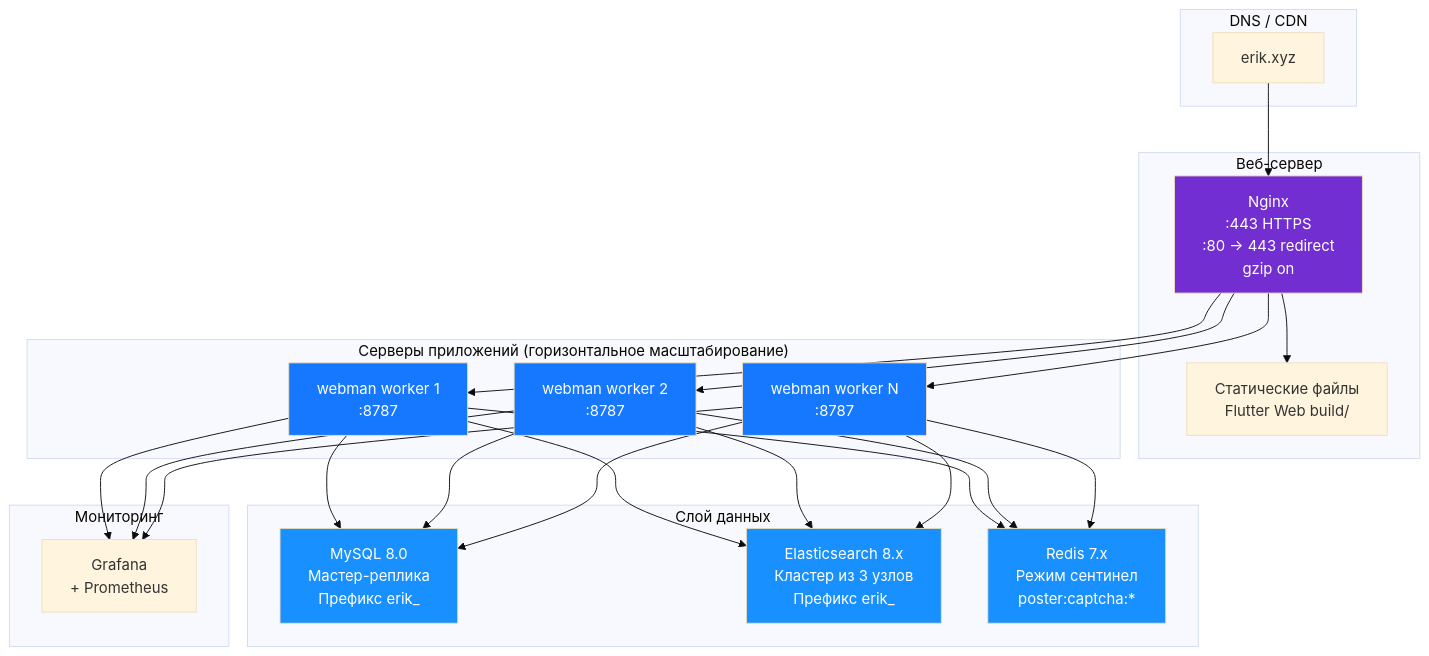
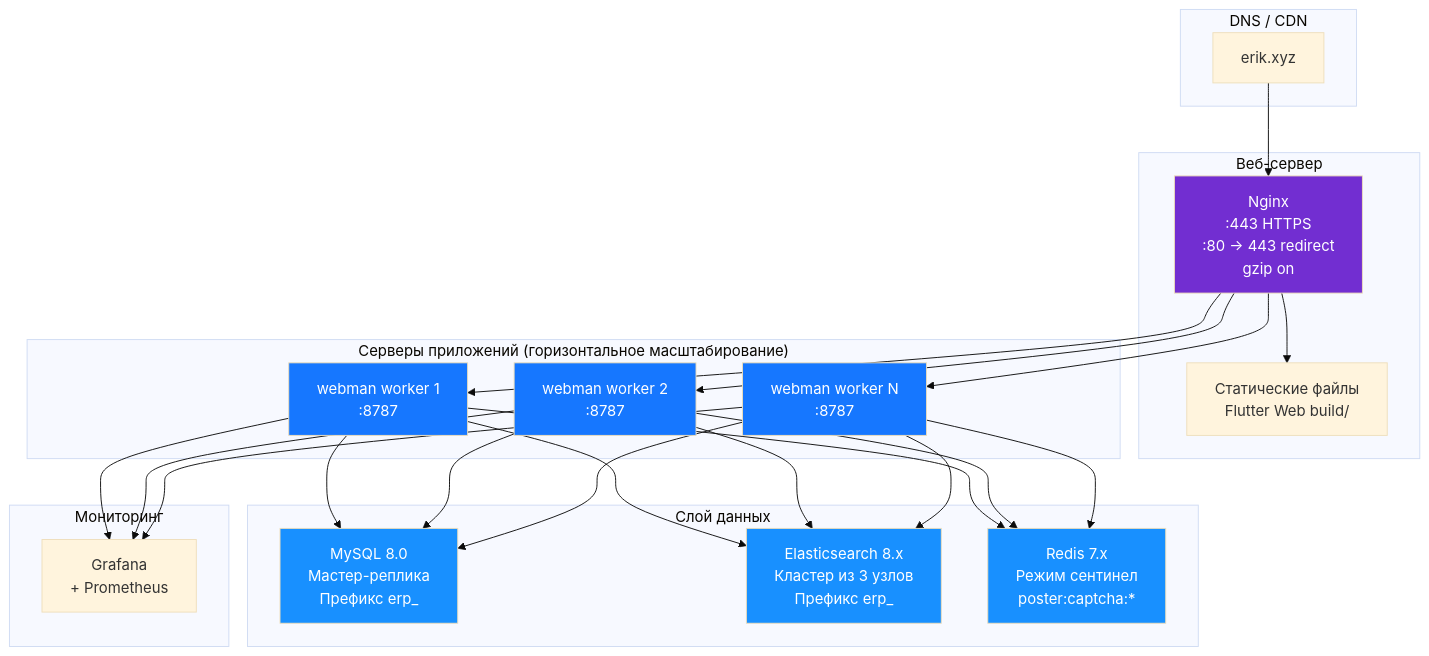
One commit to erikwang2013/erp-php changed diagram 14 of 20 in docs/i18n/ru/ARCHITECTURE.md. Above: the diagram before and after it, drawn with Mermaid (base theme). The commit also changed other lines of this file and 449 other files, not shown here.

First line of the commit message:
全局命名统一：数据库 erp、表前缀 erp_、Redis 前缀 erp:（原 erik_/open_admin）

````diff
--- a/docs/i18n/ru/ARCHITECTURE.md
+++ b/docs/i18n/ru/ARCHITECTURE.md
@@ -661,43 +661,43 @@
 ```mermaid
 flowchart TB
     subgraph "DNS / CDN"
         DNS["erik.xyz"]
     end
 
     subgraph "Веб-сервер"
         NGX["Nginx<br/>:443 HTTPS<br/>:80 → 443 redirect<br/>gzip on"]
         STA["Статические файлы<br/>Flutter Web build/"]
     end
 
     subgraph "Серверы приложений (горизонтальное масштабирование)"
         WM1["webman worker 1<br/>:8787"]
         WM2["webman worker 2<br/>:8787"]
         WM3["webman worker N<br/>:8787"]
     end
 
     subgraph "Слой данных"
-        MYSQL["MySQL 8.0<br/>Мастер-реплика<br/>Префикс erik_"]
-        ES["Elasticsearch 8.x<br/>Кластер из 3 узлов<br/>Префикс erik_"]
+        MYSQL["MySQL 8.0<br/>Мастер-реплика<br/>Префикс erp_"]
+        ES["Elasticsearch 8.x<br/>Кластер из 3 узлов<br/>Префикс erp_"]
         REDIS["Redis 7.x<br/>Режим сентинел<br/>poster:captcha:*"]
     end
 
     subgraph "Мониторинг"
         MON["Grafana<br/>+ Prometheus"]
     end
 
     DNS --> NGX
     NGX --> STA
     NGX --> WM1 & WM2 & WM3
     WM1 & WM2 & WM3 --> MYSQL
     WM1 & WM2 & WM3 --> ES
     WM1 & WM2 & WM3 --> REDIS
     WM1 & WM2 & WM3 --> MON
 
     style NGX fill:#722ED1,color:#fff
     style WM1 fill:#1677FF,color:#fff
     style WM2 fill:#1677FF,color:#fff
     style WM3 fill:#1677FF,color:#fff
     style MYSQL fill:#1890FF,color:#fff
     style ES fill:#1890FF,color:#fff
     style REDIS fill:#1890FF,color:#fff
 ```
````
